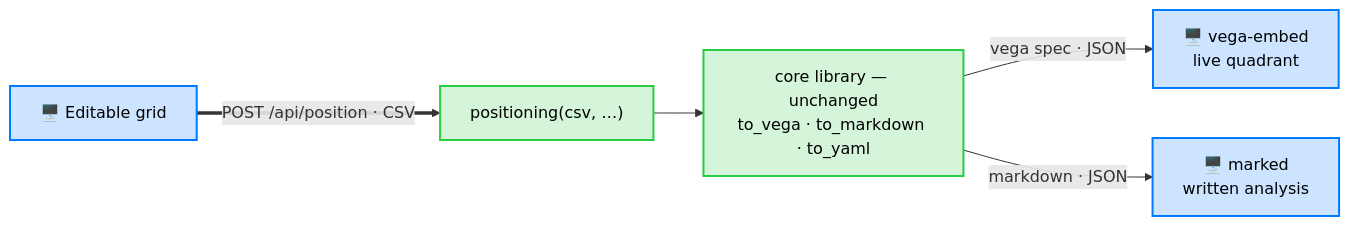
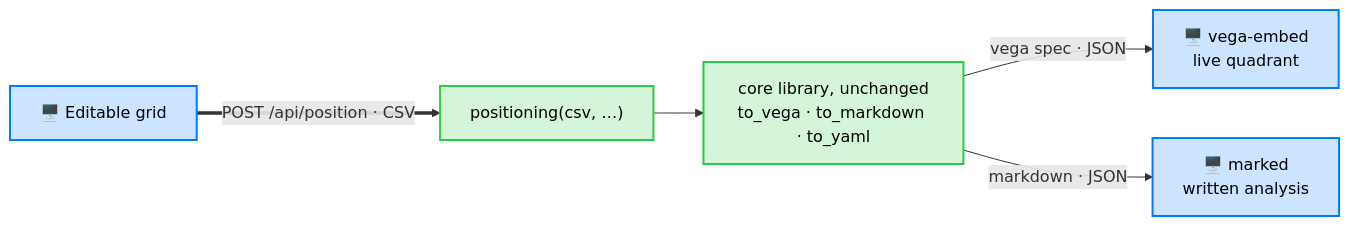
Before and after one commit to warith-harchaoui/standpoint: the diagram in GUI.md, drawn with Mermaid. The commit also changed other lines of this file and 3 other files, not shown here.

````diff
--- a/GUI.md
+++ b/GUI.md
@@ -59,13 +59,13 @@
 ```mermaid
 flowchart LR
     grid["🖥️ Editable grid"] ==>|"POST /api/position · CSV"| pos["positioning(csv, …)"]
-    pos --> lib["core library — unchanged<br/>to_vega · to_markdown · to_yaml"]
+    pos --> lib["core library, unchanged<br/>to_vega · to_markdown · to_yaml"]
     lib -->|"vega spec · JSON"| embed["🖥️ vega-embed<br/>live quadrant"]
     lib -->|"markdown · JSON"| md["🖥️ marked<br/>written analysis"]
 
-    %% "Good Colors" palette — https://harchaoui.org/warith/colors/
+    %% "Good Colors" palette: https://harchaoui.org/warith/colors/
     classDef browser fill:#CCE4FF,stroke:#007AFF,color:#000000,stroke-width:2px;
     classDef server fill:#D4F5D9,stroke:#28CD41,color:#000000,stroke-width:2px;
     class grid,embed,md browser;
     class pos,lib server;
 ```
````
